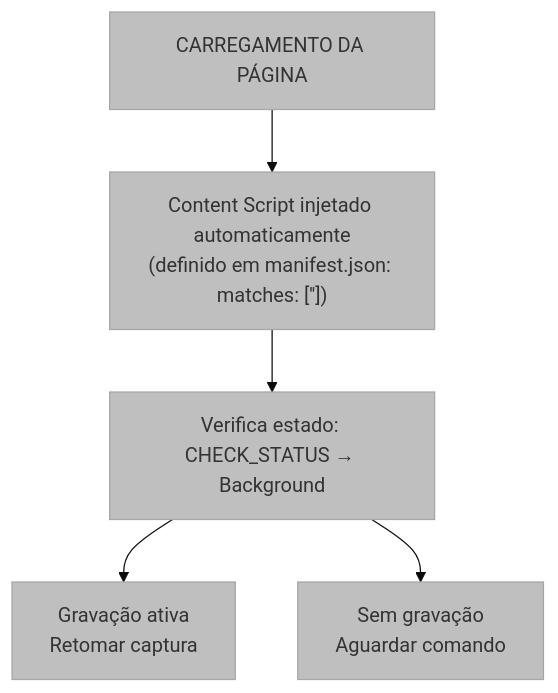
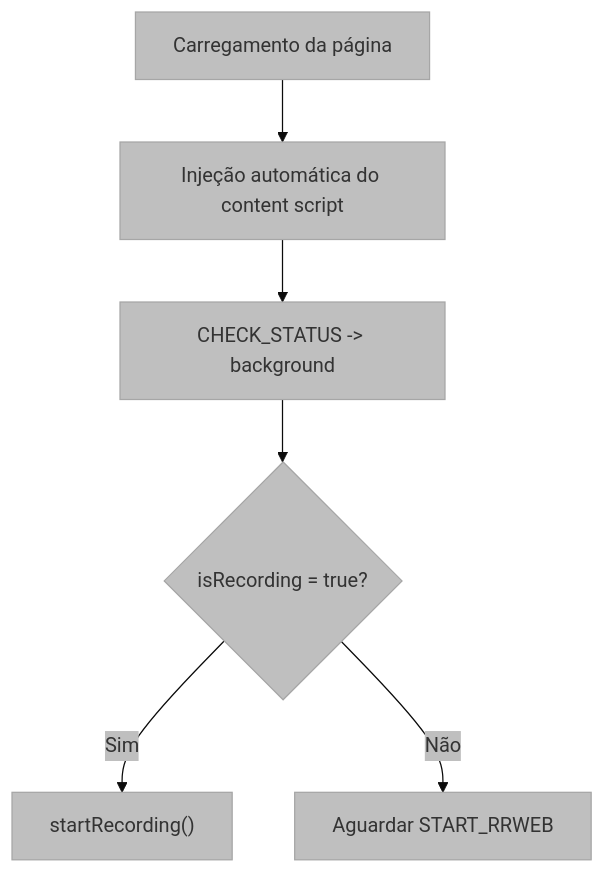
The second of 3 diagrams in docs/03-content-script.md (marcus-v-rodrigues/ux-auditor-extension), drawn with Mermaid before and after one commit. The commit also changed other lines of this file and 7 other files, not shown here.

````diff
--- a/docs/03-content-script.md
+++ b/docs/03-content-script.md
@@ -66,15 +71,14 @@
 ```mermaid
 %%{init: {'theme': 'base', 'themeVariables': { 'primaryColor': '#bfbfbf', 'edgeColor': '#5d5d5d' }, "flowchart": {"subGraphTitleMargin": {"bottom": 30}}}}%%
 flowchart TD
-    A["CARREGAMENTO DA PÁGINA"]
-    B["Content Script injetado automaticamente<br>(definido em manifest.json: matches: ['<all_urls>'])"]
-    C["Verifica estado: CHECK_STATUS → Background"]
-    
-    D["Gravação ativa<br>Retomar captura"]
-    E["Sem gravação<br>Aguardar comando"]
-    
-    A --> B
-    B --> C
-    C --> D
-    C --> E
+    A["Carregamento da página"]
+    B["Injeção automática do content script"]
+    C["CHECK_STATUS -> background"]
+    D{"isRecording = true?"}
+    E["startRecording()"]
+    F["Aguardar START_RRWEB"]
+
+    A --> B --> C --> D
+    D -- Sim --> E
+    D -- Não --> F
 ```
````
